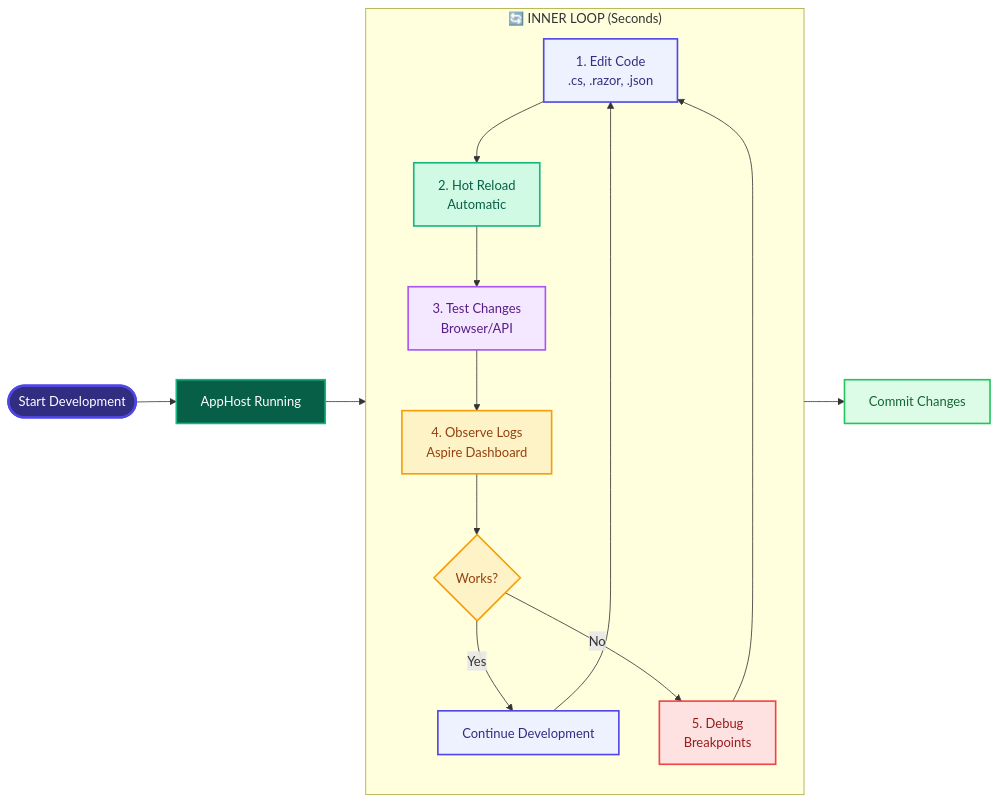
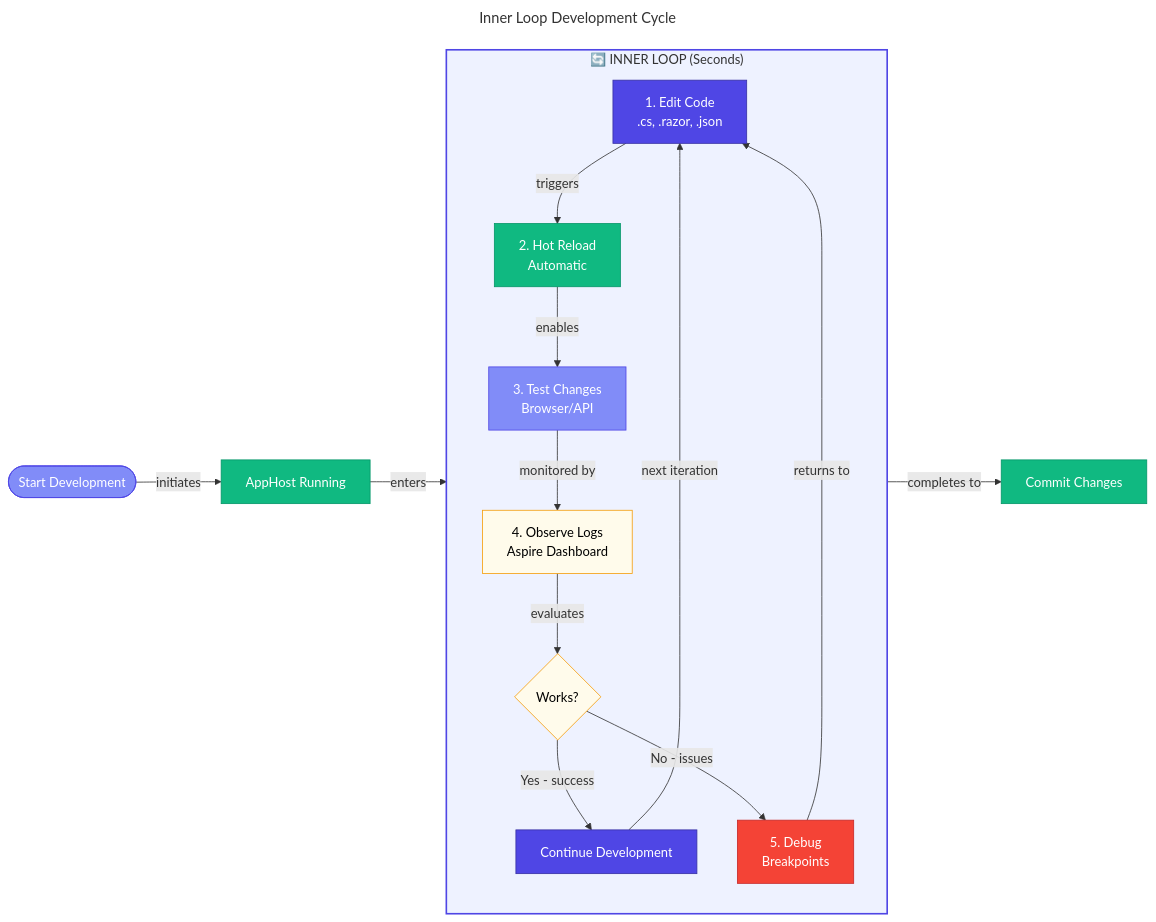
One commit to Evilazaro/Azure-LogicApps-Monitoring changed the seventh of 7 diagrams in docs/hooks/VALIDATION-WORKFLOW.md. Above: the diagram before and after it, drawn with Mermaid. The commit also changed other lines of this file, not shown here.

Commit message:
docs: Enhance mermaid diagrams in VALIDATION-WORKFLOW.md with improved titles, connections, and styling for better clarity and organization

````diff
--- a/docs/hooks/VALIDATION-WORKFLOW.md
+++ b/docs/hooks/VALIDATION-WORKFLOW.md
@@ -983,38 +1105,59 @@
 ```mermaid
+---
+title: Inner Loop Development Cycle
+---
 flowchart LR
-    Start([Start Development]) --> Running[AppHost Running]
+    %% ===== CLASS DEFINITIONS =====
+    classDef primary fill:#4F46E5,stroke:#3730A3,color:#FFFFFF
+    classDef secondary fill:#10B981,stroke:#059669,color:#FFFFFF
+    classDef datastore fill:#F59E0B,stroke:#D97706,color:#000000
+    classDef external fill:#6B7280,stroke:#4B5563,color:#FFFFFF,stroke-dasharray: 5 5
+    classDef failed fill:#F44336,stroke:#C62828,color:#FFFFFF
+    classDef trigger fill:#818CF8,stroke:#4F46E5,color:#FFFFFF
+    classDef decision fill:#FFFBEB,stroke:#F59E0B,color:#000000
+    classDef input fill:#F3F4F6,stroke:#6B7280,color:#000000
 
+    %% ===== START AND RUNNING NODES =====
+    Start([Start Development])
+    Running[AppHost Running]
+    Start -->|"initiates"| Running
+
+    %% ===== INNER LOOP SECTION =====
     subgraph InnerLoop["🔄 INNER LOOP (Seconds)"]
         direction TB
-        Edit[1. Edit Code<br/>.cs, .razor, .json] --> HotReload[2. Hot Reload<br/>Automatic]
-        HotReload --> Test[3. Test Changes<br/>Browser/API]
-        Test --> Observe[4. Observe Logs<br/>Aspire Dashboard]
-        Observe --> Decision{Works?}
-        Decision -->|Yes| Continue[Continue Development]
-        Decision -->|No| Debug[5. Debug<br/>Breakpoints]
-        Debug --> Edit
-        Continue --> Edit
+        Edit[1. Edit Code<br/>.cs, .razor, .json]
+        HotReload[2. Hot Reload<br/>Automatic]
+        Test[3. Test Changes<br/>Browser/API]
+        Observe[4. Observe Logs<br/>Aspire Dashboard]
+        Decision{Works?}
+        Continue[Continue Development]
+        Debug[5. Debug<br/>Breakpoints]
+        
+        Edit -->|"triggers"| HotReload
+        HotReload -->|"enables"| Test
+        Test -->|"monitored by"| Observe
+        Observe -->|"evaluates"| Decision
+        Decision -->|"Yes - success"| Continue
+        Decision -->|"No - issues"| Debug
+        Debug -->|"returns to"| Edit
+        Continue -->|"next iteration"| Edit
     end
+    style InnerLoop fill:#EEF2FF,stroke:#4F46E5,stroke-width:2px
 
-    Running --> InnerLoop
-    InnerLoop --> Commit[Commit Changes]
+    %% ===== END NODE =====
+    Commit[Commit Changes]
 
-    classDef startEnd fill:#312E81,stroke:#4F46E5,stroke-width:3px,color:#fff
-    classDef running fill:#065F46,stroke:#10B981,stroke-width:2px,color:#fff
-    classDef process fill:#EEF2FF,stroke:#4F46E5,stroke-width:2px,color:#312E81
-    classDef success fill:#D1FAE5,stroke:#10B981,stroke-width:2px,color:#065F46
-    classDef test fill:#F3E8FF,stroke:#A855F7,stroke-width:2px,color:#581C87
-    classDef loop fill:#FEF3C7,stroke:#F59E0B,stroke-width:2px,color:#92400E
-    classDef debug fill:#FEE2E2,stroke:#EF4444,stroke-width:2px,color:#991B1B
-    classDef commit fill:#DCFCE7,stroke:#22C55E,stroke-width:2px,color:#166534
-    classDef decision fill:#FEF3C7,stroke:#F59E0B,stroke-width:2px,color:#92400E
+    %% ===== MAIN FLOW CONNECTIONS =====
+    Running -->|"enters"| InnerLoop
+    InnerLoop -->|"completes to"| Commit
 
-    class Start startEnd
-    class Running running
-    class Edit,Continue process
-    class HotReload success
-    class Test test
-    class Observe,Decision loop
-    class Debug debug
-    class Commit commit
+    %% ===== APPLY STYLES =====
+    class Start trigger
+    class Running secondary
+    class Edit,Continue primary
+    class HotReload secondary
+    class Test trigger
+    class Observe,Decision decision
+    class Debug failed
+    class Commit secondary
 ```
````
